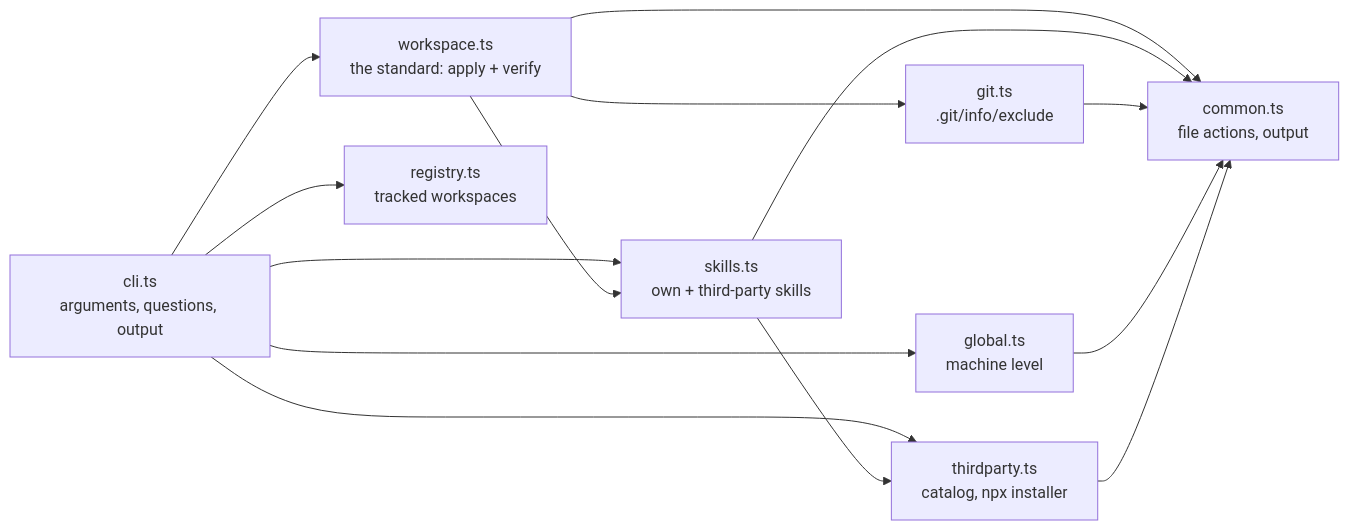
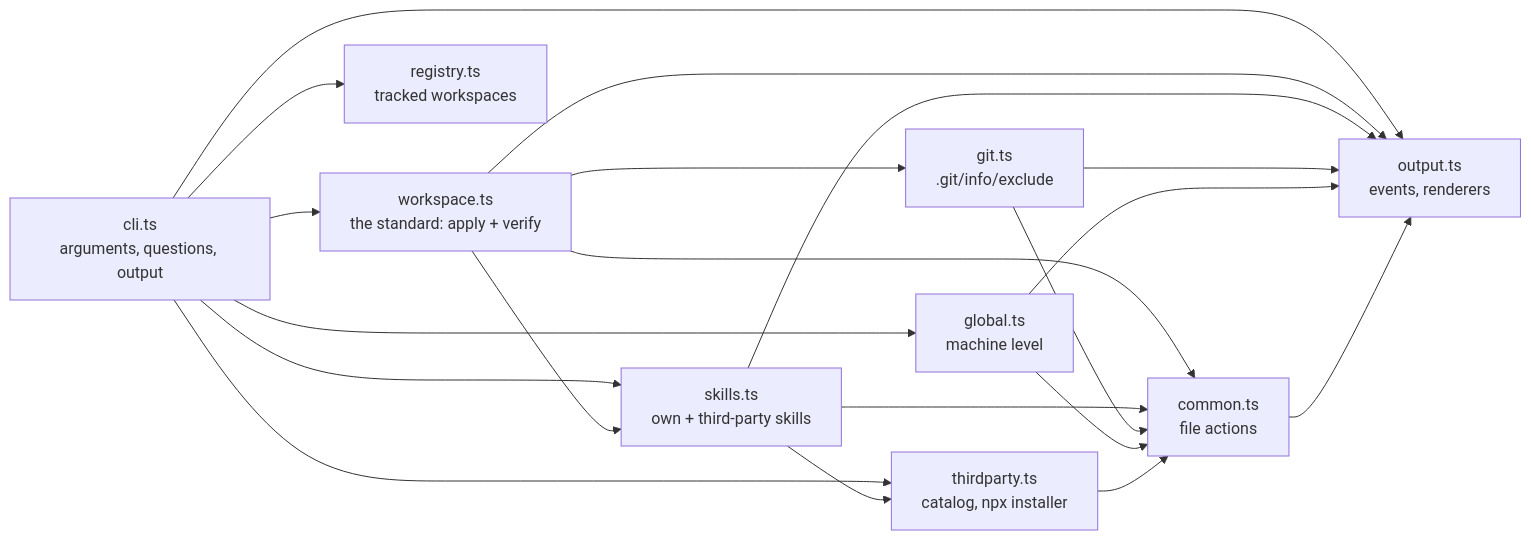
The diagram in docs/architecture.md (dotagents-org/dotagents-core), drawn with Mermaid before and after one commit. The commit also changed other lines of this file and 13 other files, not shown here.

Commit message:
♻️ refactor(output): emit events to a renderer instead of printing from the modules

````diff
--- a/docs/architecture.md
+++ b/docs/architecture.md
@@ -28,16 +28,18 @@
 ```mermaid
 flowchart LR
     cli["cli.ts<br/>arguments, questions, output"]
     ws["workspace.ts<br/>the standard: apply + verify"]
     sk["skills.ts<br/>own + third-party skills"]
     tp["thirdparty.ts<br/>catalog, npx installer"]
     git["git.ts<br/>.git/info/exclude"]
     gl["global.ts<br/>machine level"]
     reg["registry.ts<br/>tracked workspaces"]
-    common["common.ts<br/>file actions, output"]
+    common["common.ts<br/>file actions"]
+    out["output.ts<br/>events, renderers"]
 
     cli --> ws & sk & gl & reg & tp
     ws --> sk & git
     sk --> tp
     ws & sk & git & gl & tp --> common
+    cli & ws & sk & git & gl & common --> out
 ```
````
